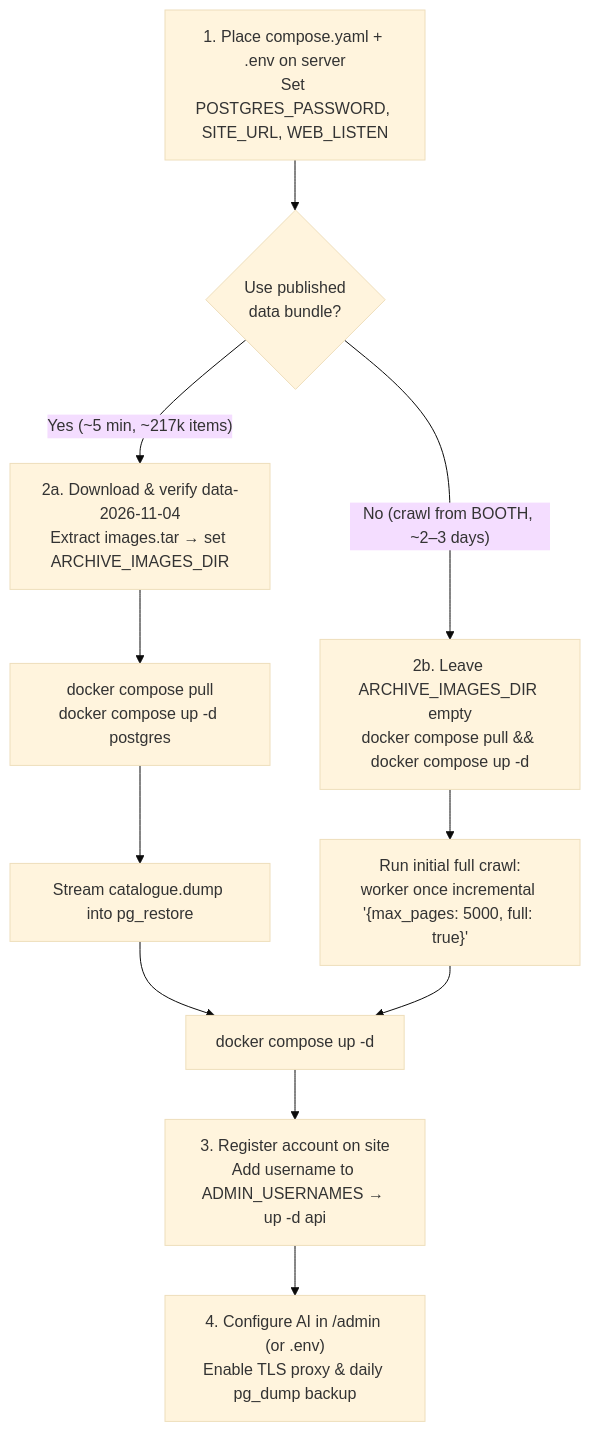
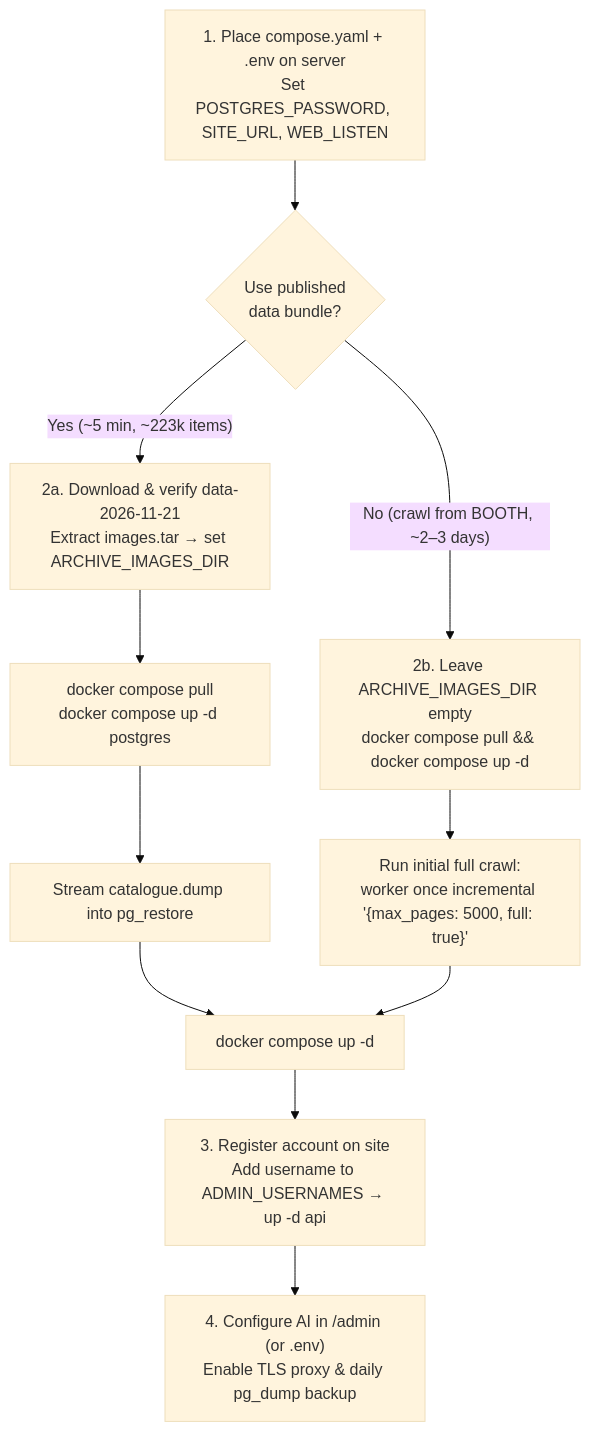
The second of 2 diagrams in docs/DEPLOY.md (JohnsonRan/BoothDex), drawn with Mermaid (base theme) before and after one commit. The commit also changed other lines of this file, not shown here.

First line of the commit message:
docs: point the deploy guide at data-2026-11-21

````diff
--- a/docs/DEPLOY.md
+++ b/docs/DEPLOY.md
@@ -41,16 +41,16 @@
 ```mermaid
 flowchart TD
   prep["1. Place compose.yaml + .env on server<br/>Set POSTGRES_PASSWORD, SITE_URL, WEB_LISTEN"] --> choice{"Use published<br/>data bundle?"}
 
-  choice -- "Yes (~5 min, ~217k items)" --> dl["2a. Download & verify data-2026-11-04<br/>Extract images.tar → set ARCHIVE_IMAGES_DIR"]
+  choice -- "Yes (~5 min, ~223k items)" --> dl["2a. Download & verify data-2026-11-21<br/>Extract images.tar → set ARCHIVE_IMAGES_DIR"]
   dl --> pgup["docker compose pull<br/>docker compose up -d postgres"]
   pgup --> restore["Stream catalogue.dump into pg_restore"]
   restore --> up["docker compose up -d"]
 
   choice -- "No (crawl from BOOTH, ~2–3 days)" --> nobundle["2b. Leave ARCHIVE_IMAGES_DIR empty<br/>docker compose pull && docker compose up -d"]
   nobundle --> crawl["Run initial full crawl:<br/>worker once incremental '{max_pages: 5000, full: true}'"]
   crawl --> up
 
   up --> admin["3. Register account on site<br/>Add username to ADMIN_USERNAMES → up -d api"]
   admin --> live["4. Configure AI in /admin (or .env)<br/>Enable TLS proxy & daily pg_dump backup"]
 ```
````
